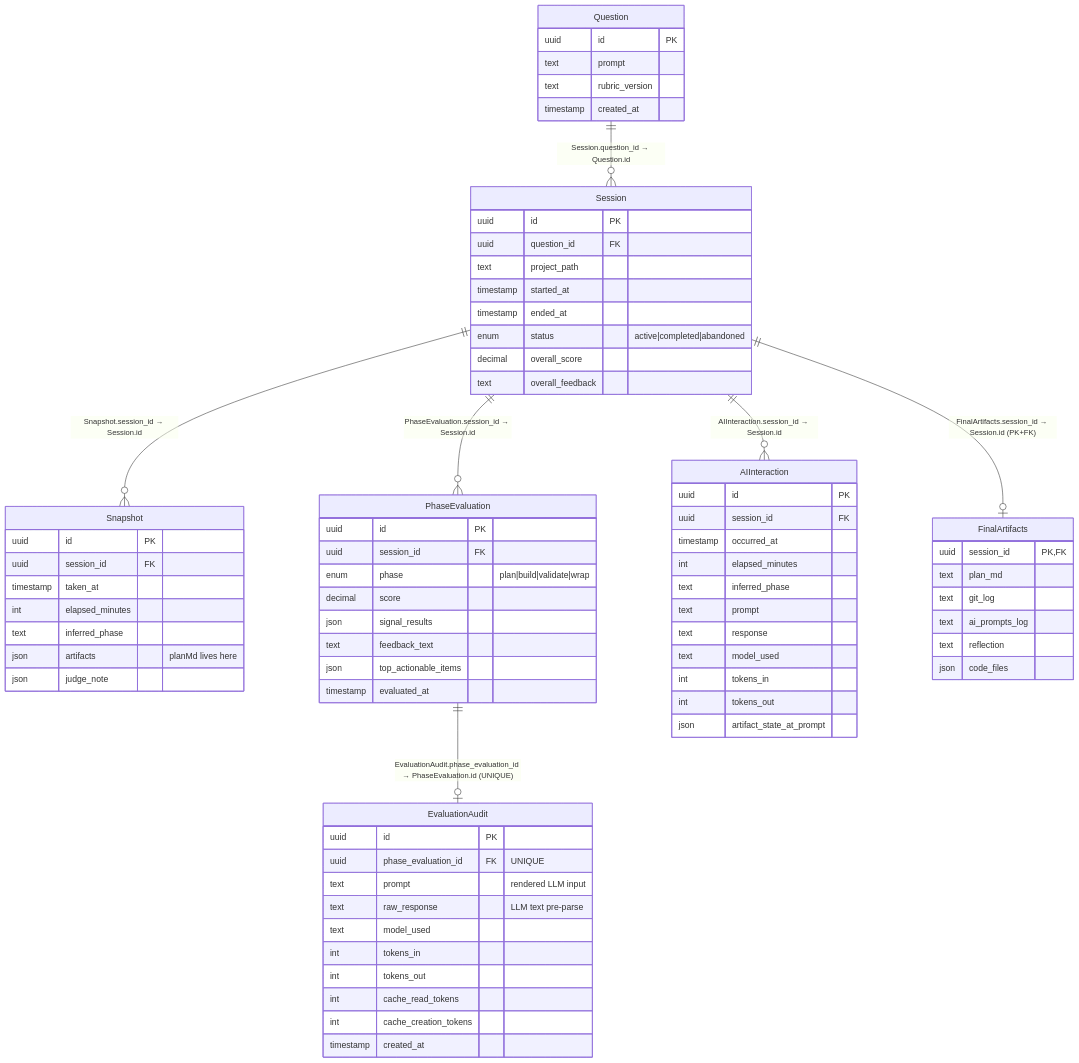
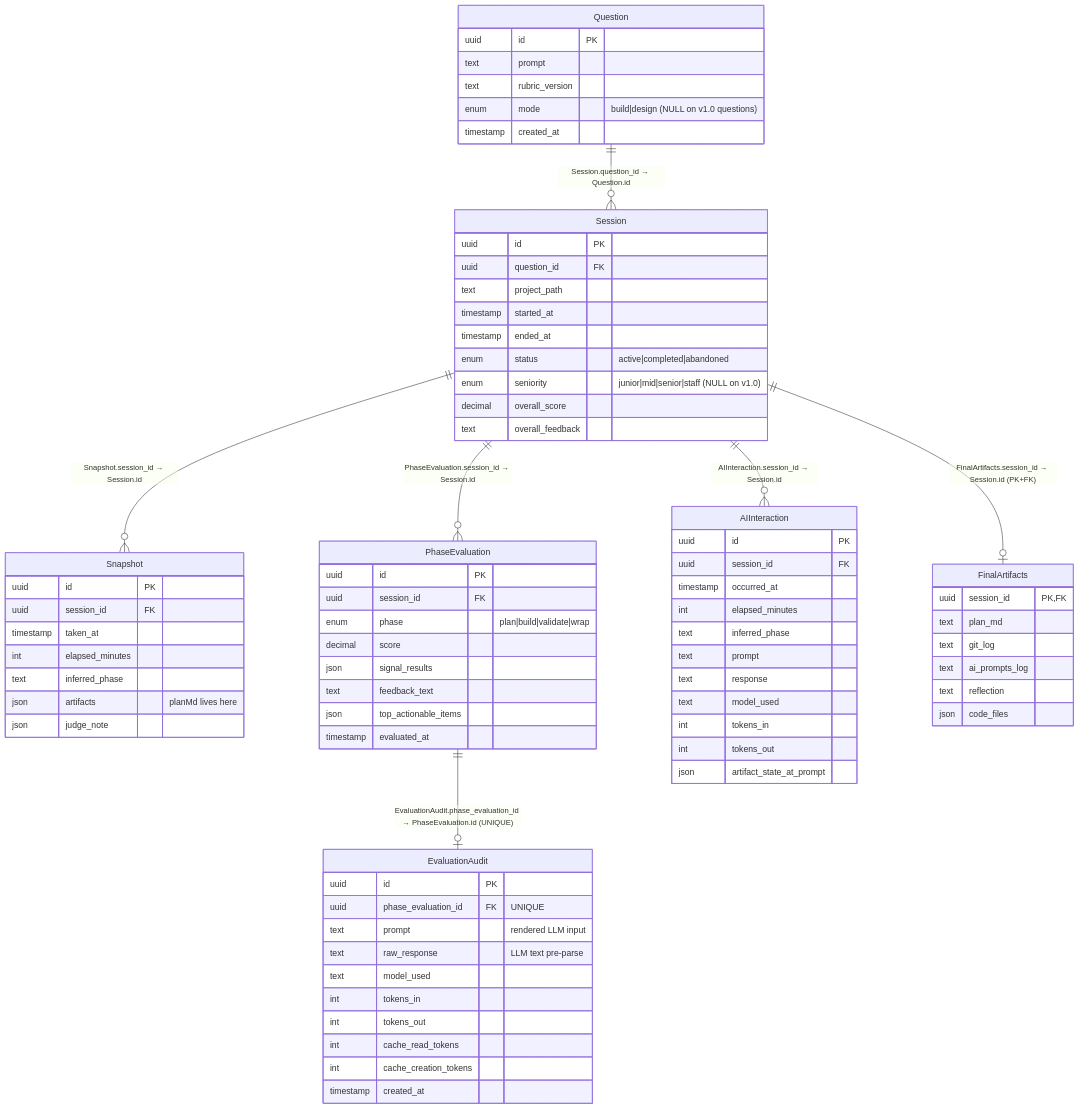
Before and after one commit to Parinita789/AI-System-Design-Judge: the diagram in backend/prisma/SCHEMA.md, drawn with Mermaid. The commit also changed 44 other files, not shown here.

```diff
--- a/backend/prisma/SCHEMA.md
+++ b/backend/prisma/SCHEMA.md
@@ -18,6 +18,7 @@
         uuid id PK
         text prompt
         text rubric_version
+        enum mode "build|design (NULL on v1.0 questions)"
         timestamp created_at
     }
 
@@ -28,6 +29,7 @@
         timestamp started_at
         timestamp ended_at
         enum status "active|completed|abandoned"
+        enum seniority "junior|mid|senior|staff (NULL on v1.0)"
         decimal overall_score
         text overall_feedback
     }
```
